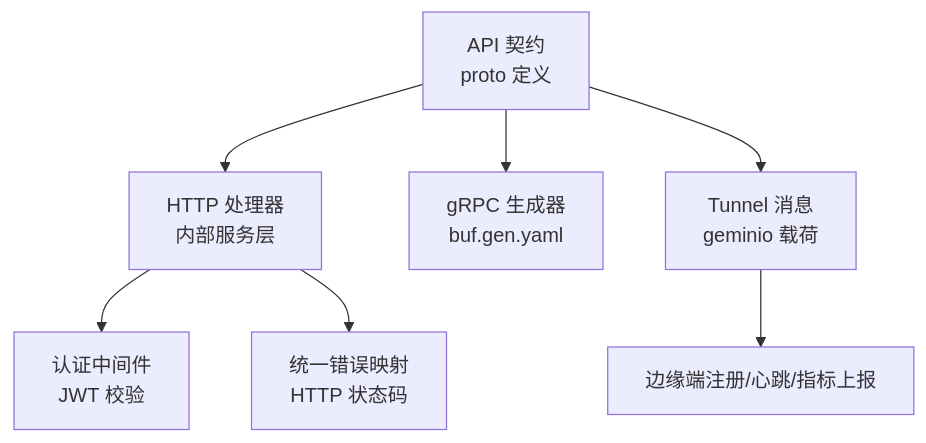
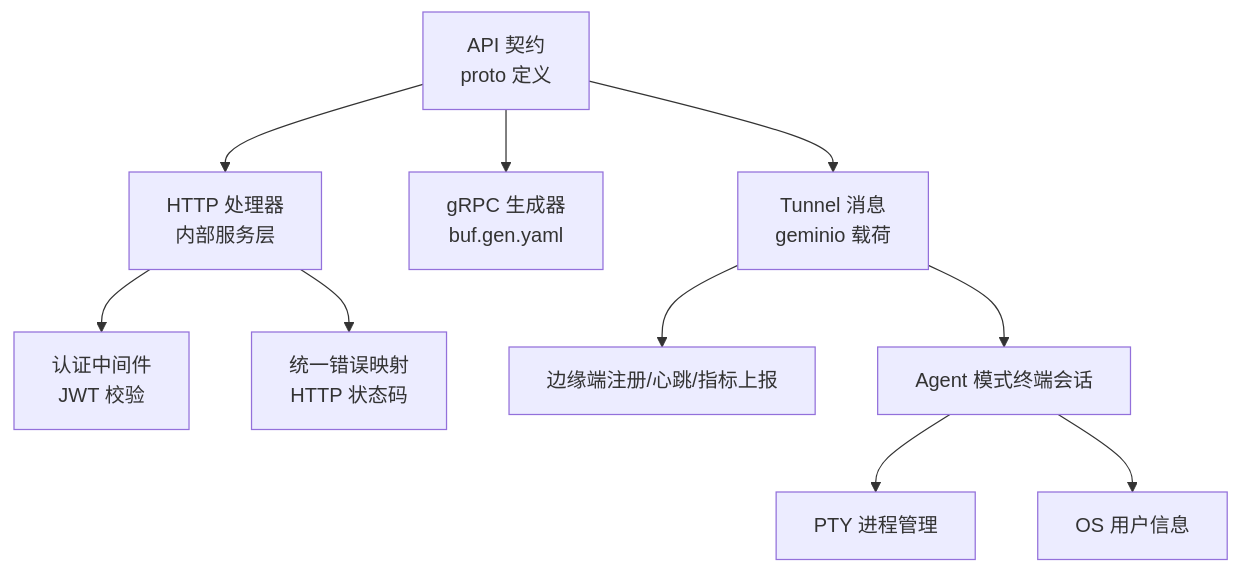
One commit to xied1133-oss/ongrid changed the first of 7 diagrams in .qoder/repowiki/zh/content/架构设计/通信协议设计/通信协议设计.md. Above: the diagram before and after it, drawn with Mermaid. The commit also changed other lines of this file and 131 other files, not shown here.

````diff
--- a/.qoder/repowiki/zh/content/架构设计/通信协议设计/通信协议设计.md
+++ b/.qoder/repowiki/zh/content/架构设计/通信协议设计/通信协议设计.md
@@ -38,9 +52,12 @@
 ```mermaid
 graph TB
 A["API 契约<br/>proto 定义"] --> B["HTTP 处理器<br/>内部服务层"]
 A --> C["gRPC 生成器<br/>buf.gen.yaml"]
 A --> D["Tunnel 消息<br/>geminio 载荷"]
 B --> E["认证中间件<br/>JWT 校验"]
 B --> F["统一错误映射<br/>HTTP 状态码"]
 D --> G["边缘端注册/心跳/指标上报"]
+D --> H["Agent 模式终端会话"]
+H --> I["PTY 进程管理"]
+H --> J["OS 用户信息"]
 ```
````
